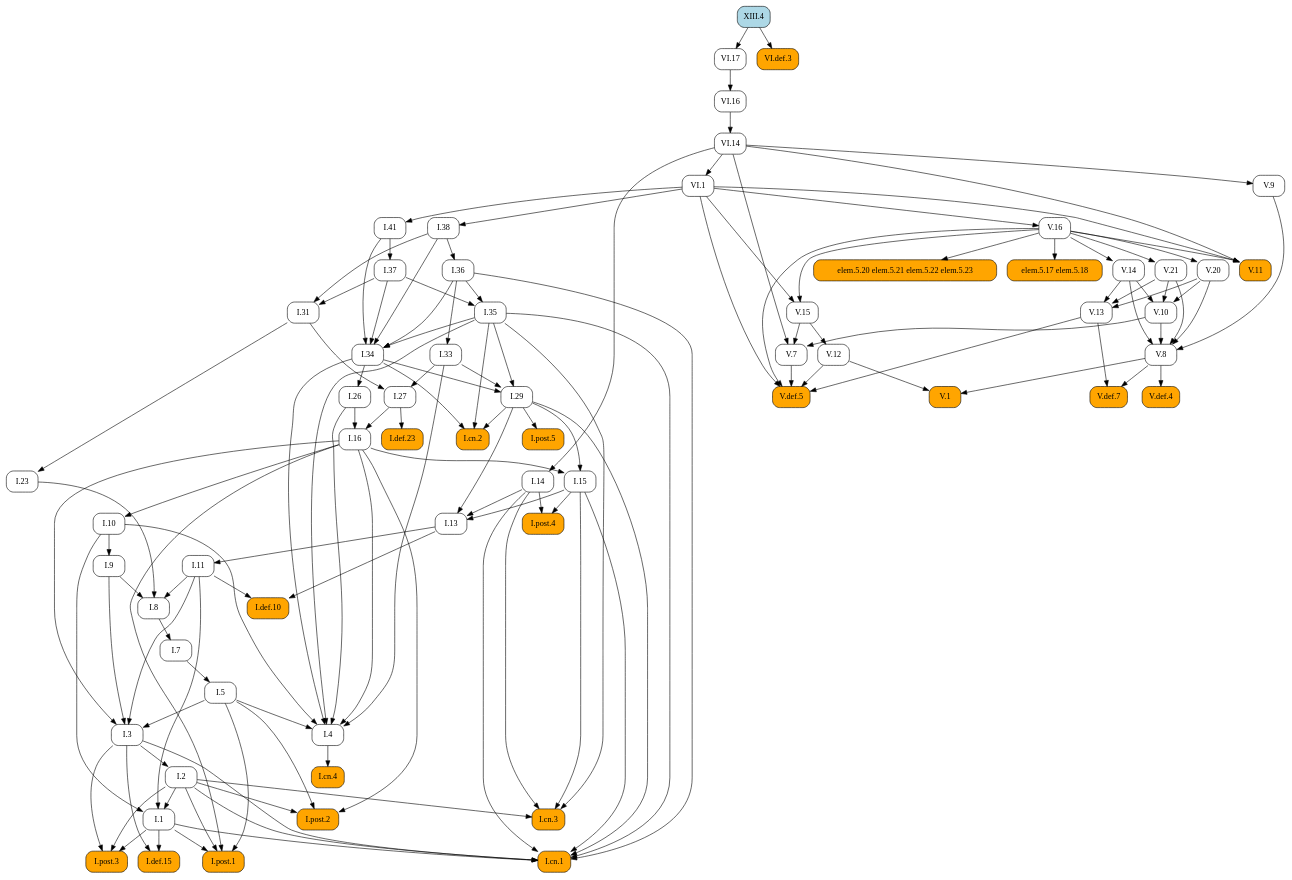
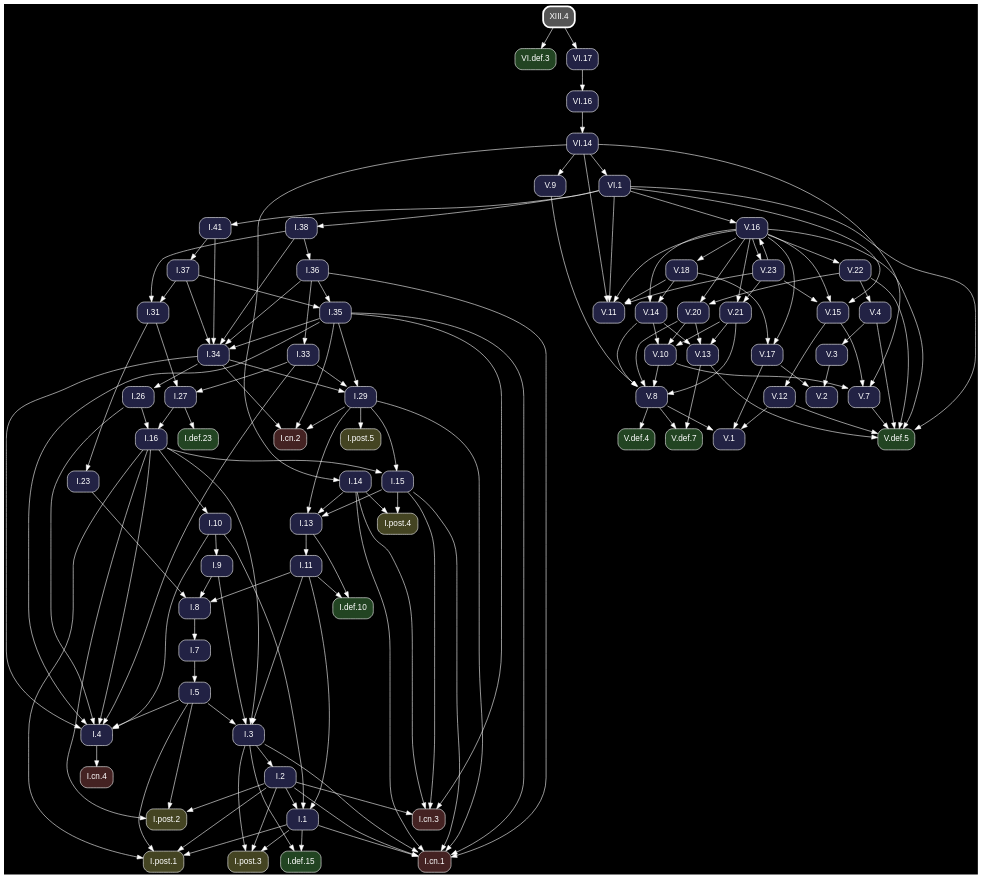
One commit to geometor/elements changed the diagram in docsrc/heath/XIII/4/index.rst. Above: the diagram before and after it, drawn with Graphviz. The commit also changed other lines of this file and 1200 other files, not shown here.

Commit message:
update dependency graphs

```diff
--- a/docsrc/heath/XIII/4/index.rst
+++ b/docsrc/heath/XIII/4/index.rst
@@ -41,128 +41,81 @@
 .. graphviz::
 
    digraph {
+     bgcolor="black";
+     node [shape=box, style="rounded,filled", fontname="Helvetica", color="white", fontcolor="white"];
+     edge [color="white", fontcolor="white"];
      rankdir="TB";
-     node [shape=box, style=rounded];
-     "V.16" [URL="/heath/V/16/", target="_top"];
-     "I.23" [URL="/heath/I/23/", target="_top"];
-     "I.9" [URL="/heath/I/9/", target="_top"];
-     "I.33" [URL="/heath/I/33/", target="_top"];
-     "I.def.15" [style="rounded,filled", fillcolor=orange, URL="/heath/I/def.15/", target="_top"];
-     "V.13" [URL="/heath/V/13/", target="_top"];
-     "V.7" [URL="/heath/V/7/", target="_top"];
-     "elem.5.17 elem.5.18" [style="rounded,filled", fillcolor=orange];
-     "I.post.3" [style="rounded,filled", fillcolor=orange, URL="/heath/I/post.3/", target="_top"];
-     "I.post.1" [style="rounded,filled", fillcolor=orange, URL="/heath/I/post.1/", target="_top"];
-     "V.14" [URL="/heath/V/14/", target="_top"];
-     "V.def.5" [style="rounded,filled", fillcolor=orange, URL="/heath/V/def.5/", target="_top"];
-     "V.9" [URL="/heath/V/9/", target="_top"];
-     "VI.def.3" [style="rounded,filled", fillcolor=orange, URL="/heath/VI/def.3/", target="_top"];
-     "I.31" [URL="/heath/I/31/", target="_top"];
-     "XIII.4" [style="rounded,filled", fillcolor=lightblue, URL="/heath/XIII/4/", target="_top"];
-     "I.def.10" [style="rounded,filled", fillcolor=orange, URL="/heath/I/def.10/", target="_top"];
-     "V.10" [URL="/heath/V/10/", target="_top"];
-     "VI.1" [URL="/heath/VI/1/", target="_top"];
-     "V.20" [URL="/heath/V/20/", target="_top"];
-     "VI.14" [URL="/heath/VI/14/", target="_top"];
-     "I.27" [URL="/heath/I/27/", target="_top"];
-     "I.14" [URL="/heath/I/14/", target="_top"];
-     "V.11" [style="rounded,filled", fillcolor=orange, URL="/heath/V/11/", target="_top"];
-     "elem.5.20 elem.5.21 elem.5.22 elem.5.23" [style="rounded,filled", fillcolor=orange];
-     "I.34" [URL="/heath/I/34/", target="_top"];
-     "V.12" [URL="/heath/V/12/", target="_top"];
-     "I.3" [URL="/heath/I/3/", target="_top"];
-     "V.def.4" [style="rounded,filled", fillcolor=orange, URL="/heath/V/def.4/", target="_top"];
-     "I.35" [URL="/heath/I/35/", target="_top"];
-     "I.cn.1" [style="rounded,filled", fillcolor=orange, URL="/heath/I/cn.1/", target="_top"];
-     "V.def.7" [style="rounded,filled", fillcolor=orange, URL="/heath/V/def.7/", target="_top"];
-     "I.7" [URL="/heath/I/7/", target="_top"];
-     "V.21" [URL="/heath/V/21/", target="_top"];
-     "I.2" [URL="/heath/I/2/", target="_top"];
-     "I.36" [URL="/heath/I/36/", target="_top"];
-     "I.13" [URL="/heath/I/13/", target="_top"];
-     "I.post.4" [style="rounded,filled", fillcolor=orange, URL="/heath/I/post.4/", target="_top"];
-     "I.4" [URL="/heath/I/4/", target="_top"];
-     "I.1" [URL="/heath/I/1/", target="_top"];
-     "I.5" [URL="/heath/I/5/", target="_top"];
-     "I.37" [URL="/heath/I/37/", target="_top"];
-     "I.8" [URL="/heath/I/8/", target="_top"];
-     "I.cn.3" [style="rounded,filled", fillcolor=orange, URL="/heath/I/cn.3/", target="_top"];
-     "I.29" [URL="/heath/I/29/", target="_top"];
-     "I.16" [URL="/heath/I/16/", target="_top"];
-     "I.38" [URL="/heath/I/38/", target="_top"];
-     "V.8" [URL="/heath/V/8/", target="_top"];
-     "I.15" [URL="/heath/I/15/", target="_top"];
-     "V.1" [style="rounded,filled", fillcolor=orange, URL="/heath/V/1/", target="_top"];
-     "I.11" [URL="/heath/I/11/", target="_top"];
-     "I.def.23" [style="rounded,filled", fillcolor=orange, URL="/heath/I/def.23/", target="_top"];
-     "I.10" [URL="/heath/I/10/", target="_top"];
-     "I.cn.2" [style="rounded,filled", fillcolor=orange, URL="/heath/I/cn.2/", target="_top"];
-     "I.post.5" [style="rounded,filled", fillcolor=orange, URL="/heath/I/post.5/", target="_top"];
-     "VI.17" [URL="/heath/VI/17/", target="_top"];
-     "I.cn.4" [style="rounded,filled", fillcolor=orange, URL="/heath/I/cn.4/", target="_top"];
-     "I.41" [URL="/heath/I/41/", target="_top"];
-     "V.15" [URL="/heath/V/15/", target="_top"];
-     "I.post.2" [style="rounded,filled", fillcolor=orange, URL="/heath/I/post.2/", target="_top"];
-     "I.26" [URL="/heath/I/26/", target="_top"];
-     "VI.16" [URL="/heath/VI/16/", target="_top"];
-     "VI.1" -> "V.16";
-     "I.31" -> "I.23";
-     "I.10" -> "I.9";
-     "I.36" -> "I.33";
-     "I.1" -> "I.def.15";
-     "I.3" -> "I.def.15";
-     "V.14" -> "V.13";
-     "V.20" -> "V.13";
-     "V.21" -> "V.13";
-     "V.10" -> "V.7";
-     "V.15" -> "V.7";
-     "VI.14" -> "V.7";
-     "V.16" -> "elem.5.17 elem.5.18";
-     "I.1" -> "I.post.3";
-     "I.2" -> "I.post.3";
-     "I.3" -> "I.post.3";
-     "I.1" -> "I.post.1";
-     "I.2" -> "I.post.1";
-     "I.5" -> "I.post.1";
-     "I.16" -> "I.post.1";
-     "V.16" -> "V.14";
-     "V.7" -> "V.def.5";
-     "V.12" -> "V.def.5";
-     "V.13" -> "V.def.5";
-     "V.16" -> "V.def.5";
-     "VI.1" -> "V.def.5";
-     "VI.14" -> "V.9";
+     "V.15" [fillcolor="#222244", URL="/heath/V/15/", target="_top"];
+     "VI.def.3" [fillcolor="#224422", URL="/heath/VI/def.3/", target="_top"];
+     "I.cn.1" [fillcolor="#442222", URL="/heath/I/cn.1/", target="_top"];
+     "V.18" [fillcolor="#222244", URL="/heath/V/18/", target="_top"];
+     "V.14" [fillcolor="#222244", URL="/heath/V/14/", target="_top"];
+     "I.27" [fillcolor="#222244", URL="/heath/I/27/", target="_top"];
+     "V.23" [fillcolor="#222244", URL="/heath/V/23/", target="_top"];
+     "I.2" [fillcolor="#222244", URL="/heath/I/2/", target="_top"];
+     "I.41" [fillcolor="#222244", URL="/heath/I/41/", target="_top"];
+     "XIII.4" [penwidth=3, color="white", fillcolor="#555555", URL="/heath/XIII/4/", target="_top"];
+     "I.post.4" [fillcolor="#444422", URL="/heath/I/post.4/", target="_top"];
+     "I.26" [fillcolor="#222244", URL="/heath/I/26/", target="_top"];
+     "I.8" [fillcolor="#222244", URL="/heath/I/8/", target="_top"];
+     "V.4" [fillcolor="#222244", URL="/heath/V/4/", target="_top"];
+     "V.16" [fillcolor="#222244", URL="/heath/V/16/", target="_top"];
+     "I.7" [fillcolor="#222244", URL="/heath/I/7/", target="_top"];
+     "I.5" [fillcolor="#222244", URL="/heath/I/5/", target="_top"];
+     "V.11" [fillcolor="#222244", URL="/heath/V/11/", target="_top"];
+     "V.def.4" [fillcolor="#224422", URL="/heath/V/def.4/", target="_top"];
+     "V.20" [fillcolor="#222244", URL="/heath/V/20/", target="_top"];
+     "I.11" [fillcolor="#222244", URL="/heath/I/11/", target="_top"];
+     "I.37" [fillcolor="#222244", URL="/heath/I/37/", target="_top"];
+     "I.cn.3" [fillcolor="#442222", URL="/heath/I/cn.3/", target="_top"];
+     "I.36" [fillcolor="#222244", URL="/heath/I/36/", target="_top"];
+     "I.38" [fillcolor="#222244", URL="/heath/I/38/", target="_top"];
+     "I.post.2" [fillcolor="#444422", URL="/heath/I/post.2/", target="_top"];
+     "I.def.23" [fillcolor="#224422", URL="/heath/I/def.23/", target="_top"];
+     "I.35" [fillcolor="#222244", URL="/heath/I/35/", target="_top"];
+     "I.post.3" [fillcolor="#444422", URL="/heath/I/post.3/", target="_top"];
+     "V.13" [fillcolor="#222244", URL="/heath/V/13/", target="_top"];
+     "V.8" [fillcolor="#222244", URL="/heath/V/8/", target="_top"];
+     "I.33" [fillcolor="#222244", URL="/heath/I/33/", target="_top"];
+     "VI.17" [fillcolor="#222244", URL="/heath/VI/17/", target="_top"];
+     "V.10" [fillcolor="#222244", URL="/heath/V/10/", target="_top"];
+     "V.def.5" [fillcolor="#224422", URL="/heath/V/def.5/", target="_top"];
+     "V.22" [fillcolor="#222244", URL="/heath/V/22/", target="_top"];
+     "I.31" [fillcolor="#222244", URL="/heath/I/31/", target="_top"];
+     "I.3" [fillcolor="#222244", URL="/heath/I/3/", target="_top"];
+     "V.12" [fillcolor="#222244", URL="/heath/V/12/", target="_top"];
+     "I.def.10" [fillcolor="#224422", URL="/heath/I/def.10/", target="_top"];
+     "I.15" [fillcolor="#222244", URL="/heath/I/15/", target="_top"];
+     "I.13" [fillcolor="#222244", URL="/heath/I/13/", target="_top"];
+     "I.cn.2" [fillcolor="#442222", URL="/heath/I/cn.2/", target="_top"];
+     "I.9" [fillcolor="#222244", URL="/heath/I/9/", target="_top"];
+     "I.1" [fillcolor="#222244", URL="/heath/I/1/", target="_top"];
+     "I.post.5" [fillcolor="#444422", URL="/heath/I/post.5/", target="_top"];
+     "VI.14" [fillcolor="#222244", URL="/heath/VI/14/", target="_top"];
+     "I.23" [fillcolor="#222244", URL="/heath/I/23/", target="_top"];
+     "I.4" [fillcolor="#222244", URL="/heath/I/4/", target="_top"];
+     "V.7" [fillcolor="#222244", URL="/heath/V/7/", target="_top"];
+     "V.9" [fillcolor="#222244", URL="/heath/V/9/", target="_top"];
+     "VI.1" [fillcolor="#222244", URL="/heath/VI/1/", target="_top"];
+     "I.10" [fillcolor="#222244", URL="/heath/I/10/", target="_top"];
+     "V.def.7" [fillcolor="#224422", URL="/heath/V/def.7/", target="_top"];
+     "I.post.1" [fillcolor="#444422", URL="/heath/I/post.1/", target="_top"];
+     "I.16" [fillcolor="#222244", URL="/heath/I/16/", target="_top"];
+     "I.29" [fillcolor="#222244", URL="/heath/I/29/", target="_top"];
+     "VI.16" [fillcolor="#222244", URL="/heath/VI/16/", target="_top"];
+     "I.cn.4" [fillcolor="#442222", URL="/heath/I/cn.4/", target="_top"];
+     "I.14" [fillcolor="#222244", URL="/heath/I/14/", target="_top"];
+     "V.1" [fillcolor="#222244", URL="/heath/V/1/", target="_top"];
+     "V.2" [fillcolor="#222244", URL="/heath/V/2/", target="_top"];
+     "V.21" [fillcolor="#222244", URL="/heath/V/21/", target="_top"];
+     "I.34" [fillcolor="#222244", URL="/heath/I/34/", target="_top"];
+     "I.def.15" [fillcolor="#224422", URL="/heath/I/def.15/", target="_top"];
+     "V.3" [fillcolor="#222244", URL="/heath/V/3/", target="_top"];
+     "V.17" [fillcolor="#222244", URL="/heath/V/17/", target="_top"];
+     "V.16" -> "V.15";
+     "V.23" -> "V.15";
+     "VI.1" -> "V.15";
      "XIII.4" -> "VI.def.3";
-     "I.37" -> "I.31";
-     "I.38" -> "I.31";
-     "I.11" -> "I.def.10";
-     "I.13" -> "I.def.10";
-     "V.14" -> "V.10";
-     "V.20" -> "V.10";
-     "V.21" -> "V.10";
-     "VI.14" -> "VI.1";
-     "V.16" -> "V.20";
-     "VI.16" -> "VI.14";
-     "I.31" -> "I.27";
-     "I.33" -> "I.27";
-     "VI.14" -> "I.14";
-     "V.16" -> "V.11";
-     "VI.1" -> "V.11";
-     "VI.14" -> "V.11";
-     "V.16" -> "elem.5.20 elem.5.21 elem.5.22 elem.5.23";
-     "I.35" -> "I.34";
-     "I.36" -> "I.34";
-     "I.37" -> "I.34";
-     "I.38" -> "I.34";
-     "I.41" -> "I.34";
-     "V.15" -> "V.12";
-     "I.5" -> "I.3";
-     "I.9" -> "I.3";
-     "I.11" -> "I.3";
-     "I.16" -> "I.3";
-     "V.8" -> "V.def.4";
-     "I.36" -> "I.35";
-     "I.37" -> "I.35";
      "I.1" -> "I.cn.1";
      "I.2" -> "I.cn.1";
      "I.3" -> "I.cn.1";
@@ -171,17 +124,95 @@
      "I.29" -> "I.cn.1";
      "I.35" -> "I.cn.1";
      "I.36" -> "I.cn.1";
-     "V.8" -> "V.def.7";
-     "V.13" -> "V.def.7";
+     "V.16" -> "V.18";
+     "V.16" -> "V.14";
+     "V.18" -> "V.14";
+     "I.31" -> "I.27";
+     "I.33" -> "I.27";
+     "V.16" -> "V.23";
+     "I.3" -> "I.2";
+     "VI.1" -> "I.41";
+     "I.14" -> "I.post.4";
+     "I.15" -> "I.post.4";
+     "I.34" -> "I.26";
+     "I.9" -> "I.8";
+     "I.11" -> "I.8";
+     "I.23" -> "I.8";
+     "V.22" -> "V.4";
+     "V.23" -> "V.16";
+     "VI.1" -> "V.16";
      "I.8" -> "I.7";
-     "V.16" -> "V.21";
-     "I.3" -> "I.2";
+     "I.7" -> "I.5";
+     "V.16" -> "V.11";
+     "V.18" -> "V.11";
+     "V.23" -> "V.11";
+     "VI.1" -> "V.11";
+     "VI.14" -> "V.11";
+     "V.8" -> "V.def.4";
+     "V.16" -> "V.20";
+     "V.22" -> "V.20";
+     "I.13" -> "I.11";
+     "I.41" -> "I.37";
+     "I.2" -> "I.cn.3";
+     "I.14" -> "I.cn.3";
+     "I.15" -> "I.cn.3";
+     "I.35" -> "I.cn.3";
      "I.38" -> "I.36";
+     "VI.1" -> "I.38";
+     "I.2" -> "I.post.2";
+     "I.5" -> "I.post.2";
+     "I.16" -> "I.post.2";
+     "I.27" -> "I.def.23";
+     "I.36" -> "I.35";
+     "I.37" -> "I.35";
+     "I.1" -> "I.post.3";
+     "I.2" -> "I.post.3";
+     "I.3" -> "I.post.3";
+     "V.14" -> "V.13";
+     "V.20" -> "V.13";
+     "V.21" -> "V.13";
+     "V.9" -> "V.8";
+     "V.10" -> "V.8";
+     "V.14" -> "V.8";
+     "V.20" -> "V.8";
+     "V.21" -> "V.8";
+     "I.36" -> "I.33";
+     "XIII.4" -> "VI.17";
+     "V.14" -> "V.10";
+     "V.20" -> "V.10";
+     "V.21" -> "V.10";
+     "V.4" -> "V.def.5";
+     "V.7" -> "V.def.5";
+     "V.12" -> "V.def.5";
+     "V.13" -> "V.def.5";
+     "V.16" -> "V.def.5";
+     "V.22" -> "V.def.5";
+     "VI.1" -> "V.def.5";
+     "V.16" -> "V.22";
+     "I.37" -> "I.31";
+     "I.38" -> "I.31";
+     "I.5" -> "I.3";
+     "I.9" -> "I.3";
+     "I.11" -> "I.3";
+     "I.16" -> "I.3";
+     "V.15" -> "V.12";
+     "I.11" -> "I.def.10";
+     "I.13" -> "I.def.10";
+     "I.16" -> "I.15";
+     "I.29" -> "I.15";
      "I.14" -> "I.13";
      "I.15" -> "I.13";
      "I.29" -> "I.13";
-     "I.14" -> "I.post.4";
-     "I.15" -> "I.post.4";
+     "I.29" -> "I.cn.2";
+     "I.34" -> "I.cn.2";
+     "I.35" -> "I.cn.2";
+     "I.10" -> "I.9";
+     "I.2" -> "I.1";
+     "I.10" -> "I.1";
+     "I.11" -> "I.1";
+     "I.29" -> "I.post.5";
+     "VI.16" -> "VI.14";
+     "I.31" -> "I.23";
      "I.5" -> "I.4";
      "I.10" -> "I.4";
      "I.16" -> "I.4";
@@ -189,48 +220,41 @@
      "I.33" -> "I.4";
      "I.34" -> "I.4";
      "I.35" -> "I.4";
-     "I.2" -> "I.1";
-     "I.10" -> "I.1";
-     "I.11" -> "I.1";
-     "I.7" -> "I.5";
-     "I.41" -> "I.37";
-     "I.9" -> "I.8";
-     "I.11" -> "I.8";
-     "I.23" -> "I.8";
-     "I.2" -> "I.cn.3";
-     "I.14" -> "I.cn.3";
-     "I.15" -> "I.cn.3";
-     "I.35" -> "I.cn.3";
+     "V.10" -> "V.7";
+     "V.15" -> "V.7";
+     "VI.14" -> "V.7";
+     "VI.14" -> "V.9";
+     "VI.14" -> "VI.1";
+     "I.16" -> "I.10";
+     "V.8" -> "V.def.7";
+     "V.13" -> "V.def.7";
+     "I.1" -> "I.post.1";
+     "I.2" -> "I.post.1";
+     "I.5" -> "I.post.1";
+     "I.16" -> "I.post.1";
+     "I.26" -> "I.16";
+     "I.27" -> "I.16";
      "I.33" -> "I.29";
      "I.34" -> "I.29";
      "I.35" -> "I.29";
-     "I.26" -> "I.16";
-     "I.27" -> "I.16";
-     "VI.1" -> "I.38";
-     "V.9" -> "V.8";
-     "V.10" -> "V.8";
-     "V.14" -> "V.8";
-     "V.20" -> "V.8";
-     "V.21" -> "V.8";
-     "I.16" -> "I.15";
-     "I.29" -> "I.15";
+     "VI.17" -> "VI.16";
+     "I.4" -> "I.cn.4";
+     "VI.14" -> "I.14";
      "V.8" -> "V.1";
      "V.12" -> "V.1";
-     "I.13" -> "I.11";
-     "I.27" -> "I.def.23";
-     "I.16" -> "I.10";
-     "I.29" -> "I.cn.2";
-     "I.34" -> "I.cn.2";
-     "I.35" -> "I.cn.2";
-     "I.29" -> "I.post.5";
-     "XIII.4" -> "VI.17";
-     "I.4" -> "I.cn.4";
-     "VI.1" -> "I.41";
-     "V.16" -> "V.15";
-     "VI.1" -> "V.15";
-     "I.2" -> "I.post.2";
-     "I.5" -> "I.post.2";
-     "I.16" -> "I.post.2";
-     "I.34" -> "I.26";
-     "VI.17" -> "VI.16";
+     "V.17" -> "V.1";
+     "V.3" -> "V.2";
+     "V.17" -> "V.2";
+     "V.16" -> "V.21";
+     "V.23" -> "V.21";
+     "I.35" -> "I.34";
+     "I.36" -> "I.34";
+     "I.37" -> "I.34";
+     "I.38" -> "I.34";
+     "I.41" -> "I.34";
+     "I.1" -> "I.def.15";
+     "I.3" -> "I.def.15";
+     "V.4" -> "V.3";
+     "V.16" -> "V.17";
+     "V.18" -> "V.17";
    }
```
